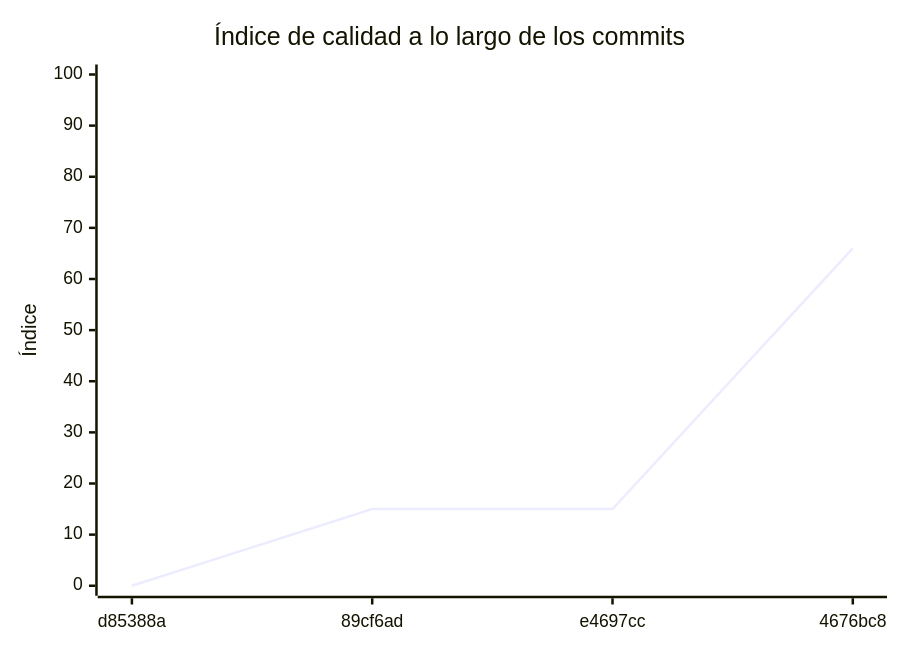
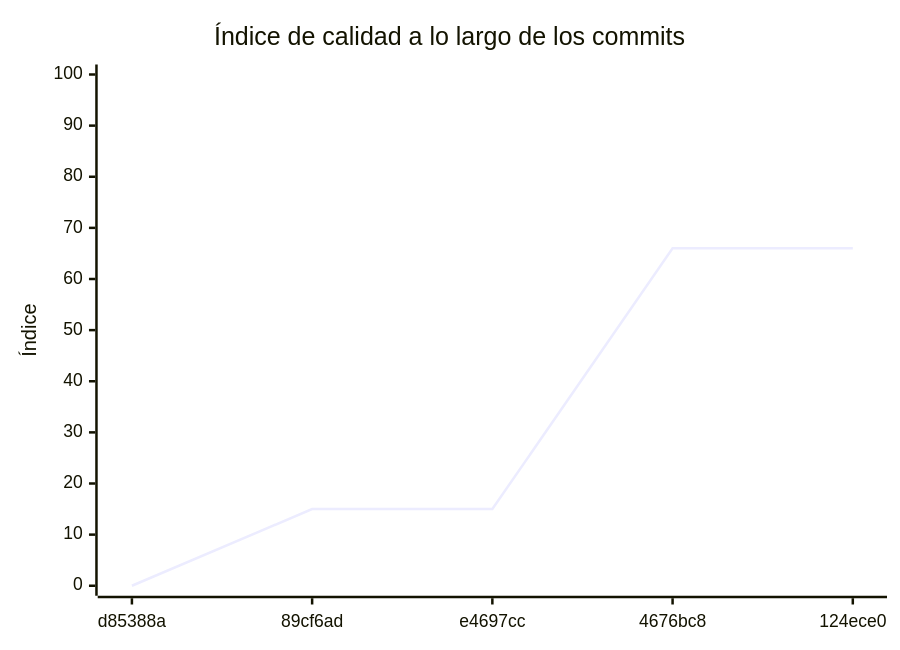
The diagram in docs/EVALUACION.md (Prog2-fzapata/ServicioCatalogo), drawn with Mermaid before and after one commit. The commit also changed other lines of this file and 1 other file, not shown here.

````diff
--- a/docs/EVALUACION.md
+++ b/docs/EVALUACION.md
@@ -216,7 +224,7 @@
 ```mermaid
 xychart-beta
     title "Índice de calidad a lo largo de los commits"
-    x-axis ["d85388a", "89cf6ad", "e4697cc", "4676bc8"]
+    x-axis ["d85388a", "89cf6ad", "e4697cc", "4676bc8", "124ece0"]
     y-axis "Índice" 0 --> 100
-    line [0, 15, 15, 66]
+    line [0, 15, 15, 66, 66]
 ```
````
